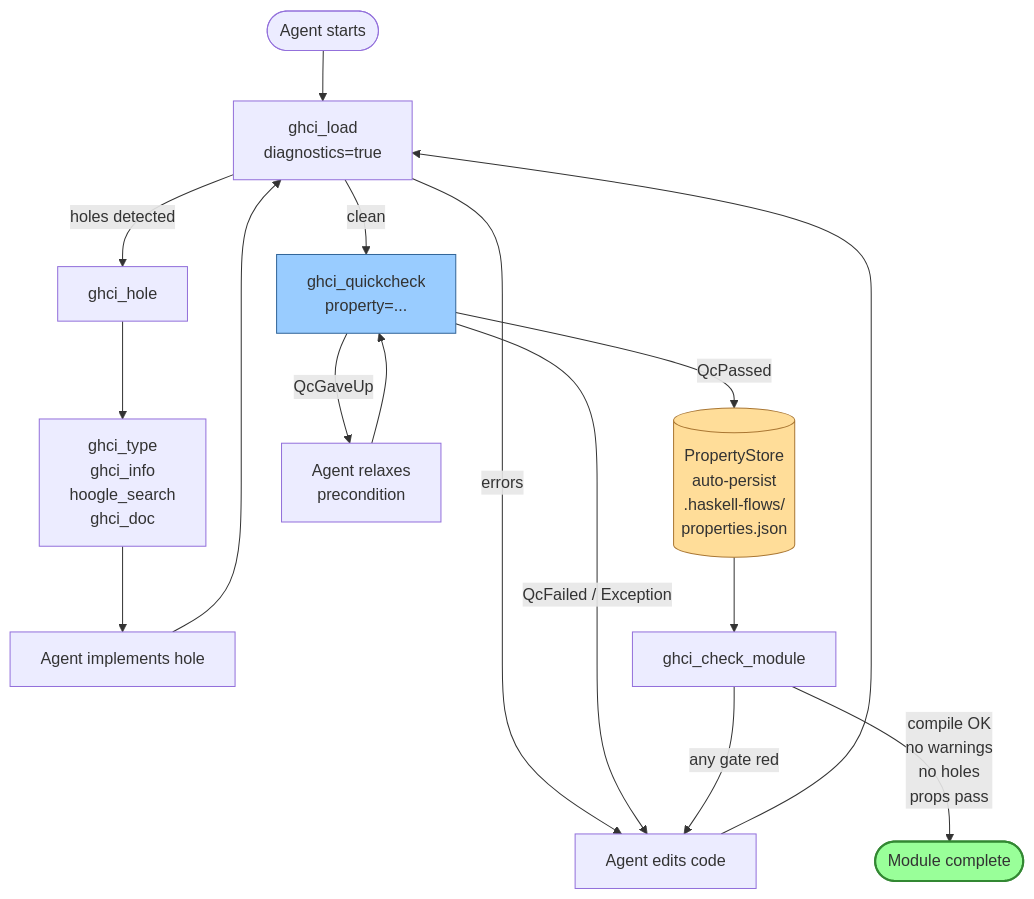
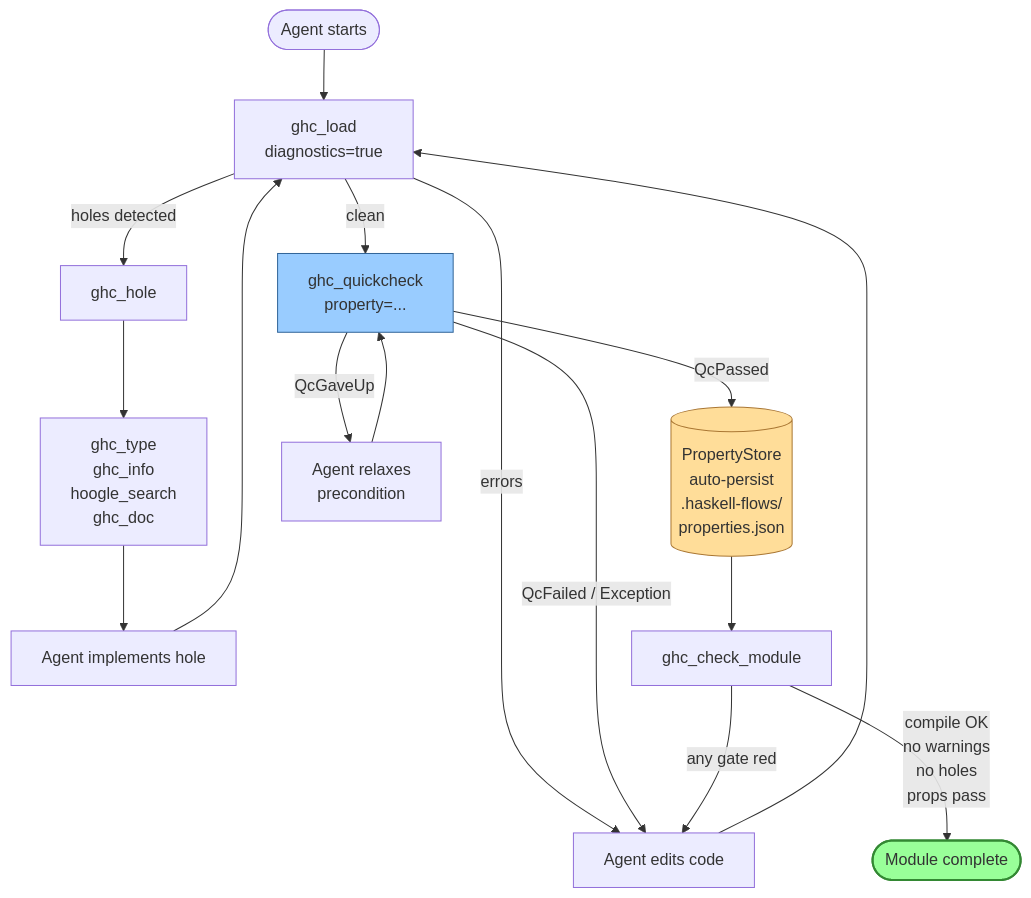
The first of 4 diagrams in docs/flows.md (damian-rafael-lattenero/haskell-rules-and-mcp), drawn with Mermaid before and after one commit. The commit also changed other lines of this file and 110 other files, not shown here.

````diff
--- a/docs/flows.md
+++ b/docs/flows.md
@@ -25,26 +25,26 @@
 ```mermaid
 flowchart TD
-    start([Agent starts]) --> load[ghci_load<br/>diagnostics=true]
+    start([Agent starts]) --> load[ghc_load<br/>diagnostics=true]
     load -->|errors| fix[Agent edits code]
-    load -->|holes detected| hole[ghci_hole]
+    load -->|holes detected| hole[ghc_hole]
     load -->|clean| qc
 
-    hole --> explore[ghci_type<br/>ghci_info<br/>hoogle_search<br/>ghci_doc]
+    hole --> explore[ghc_type<br/>ghc_info<br/>hoogle_search<br/>ghc_doc]
     explore --> impl[Agent implements hole]
     impl --> load
 
-    qc[ghci_quickcheck<br/>property=...] -->|QcPassed| persist[(PropertyStore<br/>auto-persist<br/>.haskell-flows/<br/>properties.json)]
+    qc[ghc_quickcheck<br/>property=...] -->|QcPassed| persist[(PropertyStore<br/>auto-persist<br/>.haskell-flows/<br/>properties.json)]
     qc -->|QcFailed / Exception| fix
     qc -->|QcGaveUp| relax[Agent relaxes<br/>precondition]
     relax --> qc
 
-    persist --> check[ghci_check_module]
+    persist --> check[ghc_check_module]
     check -->|compile OK<br/>no warnings<br/>no holes<br/>props pass| done([Module complete])
     check -->|any gate red| fix
 
     fix --> load
 
     style done fill:#9f9,stroke:#383,stroke-width:2px
     style persist fill:#fd9,stroke:#a73
     style qc fill:#9cf,stroke:#369
 ```
````
